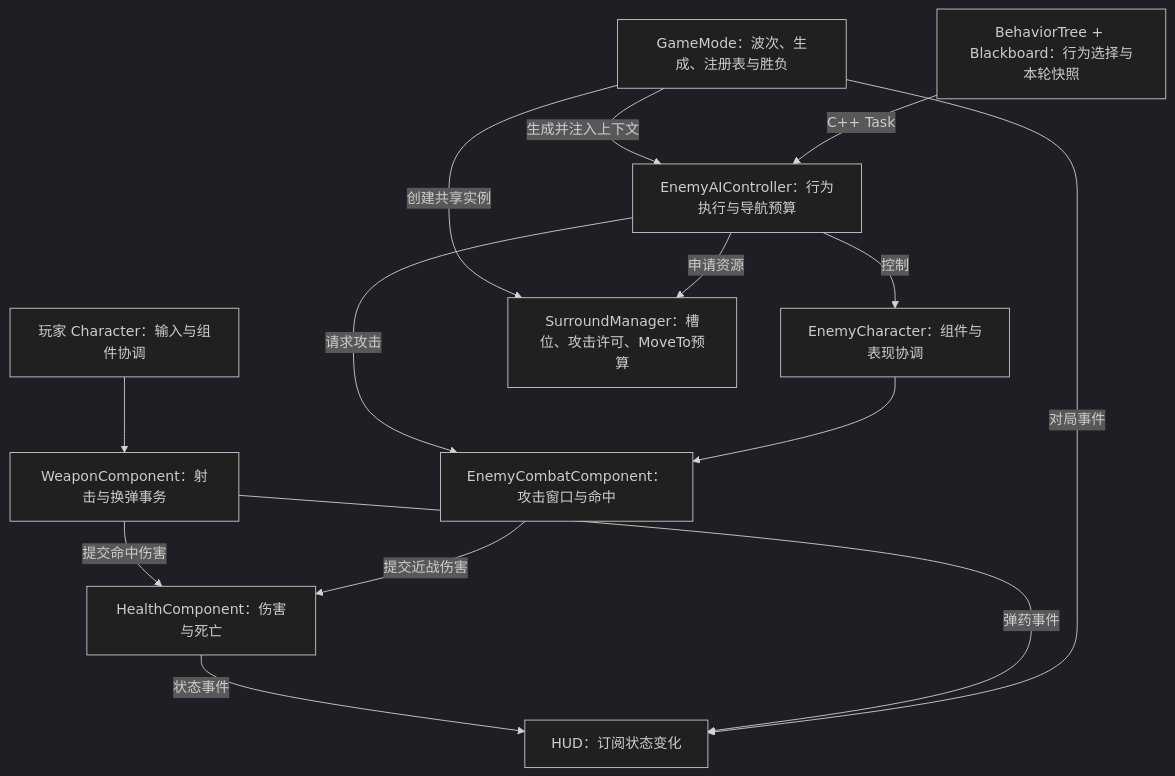
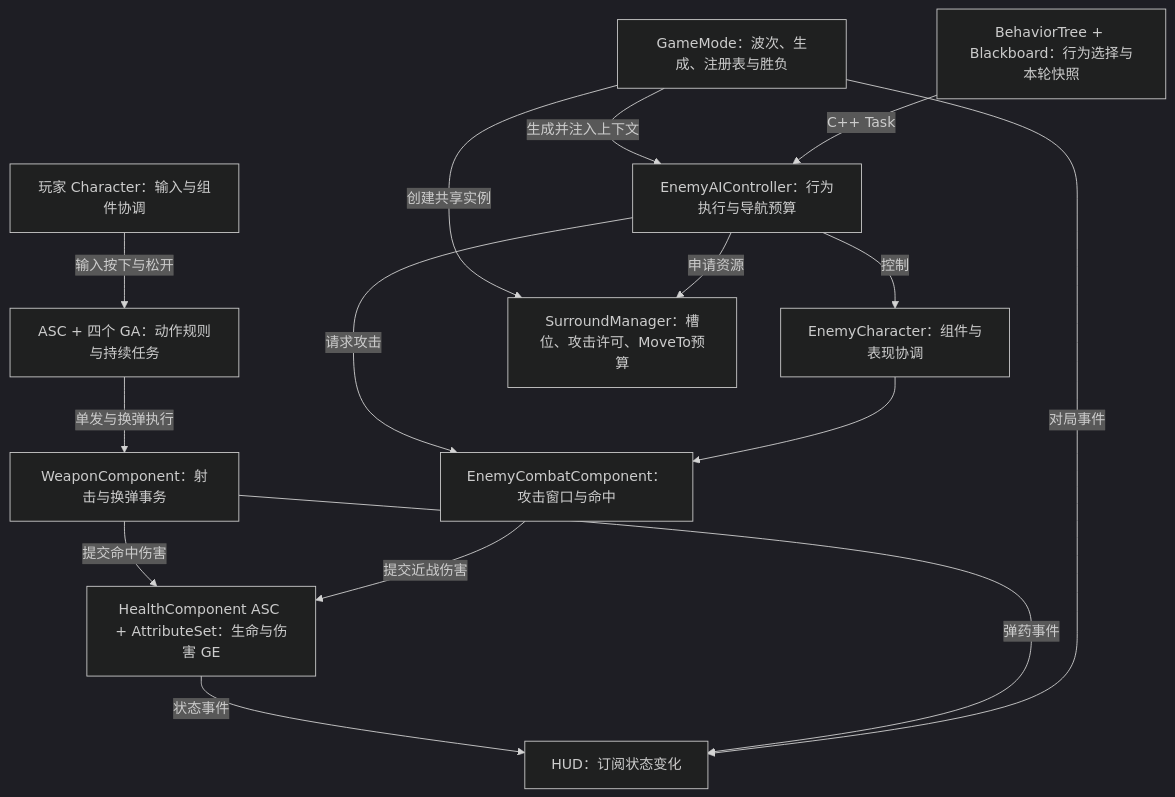
One commit to Asvalith/fpstrue changed the first of 2 diagrams in README.md. Above: the diagram before and after it, drawn with Mermaid (dark theme). The commit also changed other lines of this file and 423 other files, not shown here.

````diff
--- a/README.md
+++ b/README.md
@@ -56,26 +67,28 @@
 ```mermaid
 flowchart TD
     GM[GameMode：波次、生成、注册表与胜负]
     PLAYER[玩家 Character：输入与组件协调]
+    GA[ASC + 四个 GA：动作规则与持续任务]
     WEAPON[WeaponComponent：射击与换弹事务]
-    HEALTH[HealthComponent：伤害与死亡]
+    HEALTH[HealthComponent ASC + AttributeSet：生命与伤害 GE]
     BT[BehaviorTree + Blackboard：行为选择与本轮快照]
     AI[EnemyAIController：行为执行与导航预算]
     ENEMY[EnemyCharacter：组件与表现协调]
     COMBAT[EnemyCombatComponent：攻击窗口与命中]
     GROUP[SurroundManager：槽位、攻击许可、MoveTo预算]
     HUD[HUD：订阅状态变化]
     GM -->|生成并注入上下文| AI
     BT -->|C++ Task| AI
     GM -->|创建共享实例| GROUP
     AI -->|申请资源| GROUP
     AI -->|控制| ENEMY
     AI -->|请求攻击| COMBAT
     ENEMY --> COMBAT
-    PLAYER --> WEAPON
+    PLAYER -->|输入按下与松开| GA
+    GA -->|单发与换弹执行| WEAPON
     WEAPON -->|提交命中伤害| HEALTH
     COMBAT -->|提交近战伤害| HEALTH
     HEALTH -->|状态事件| HUD
     WEAPON -->|弹药事件| HUD
     GM -->|对局事件| HUD
 ```
````
